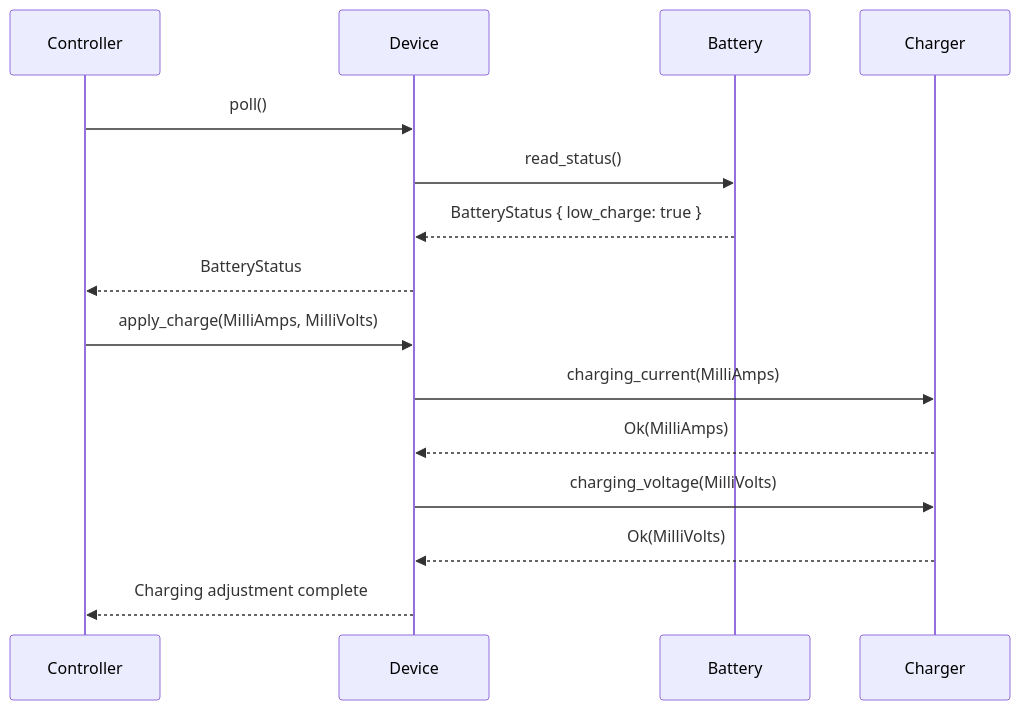
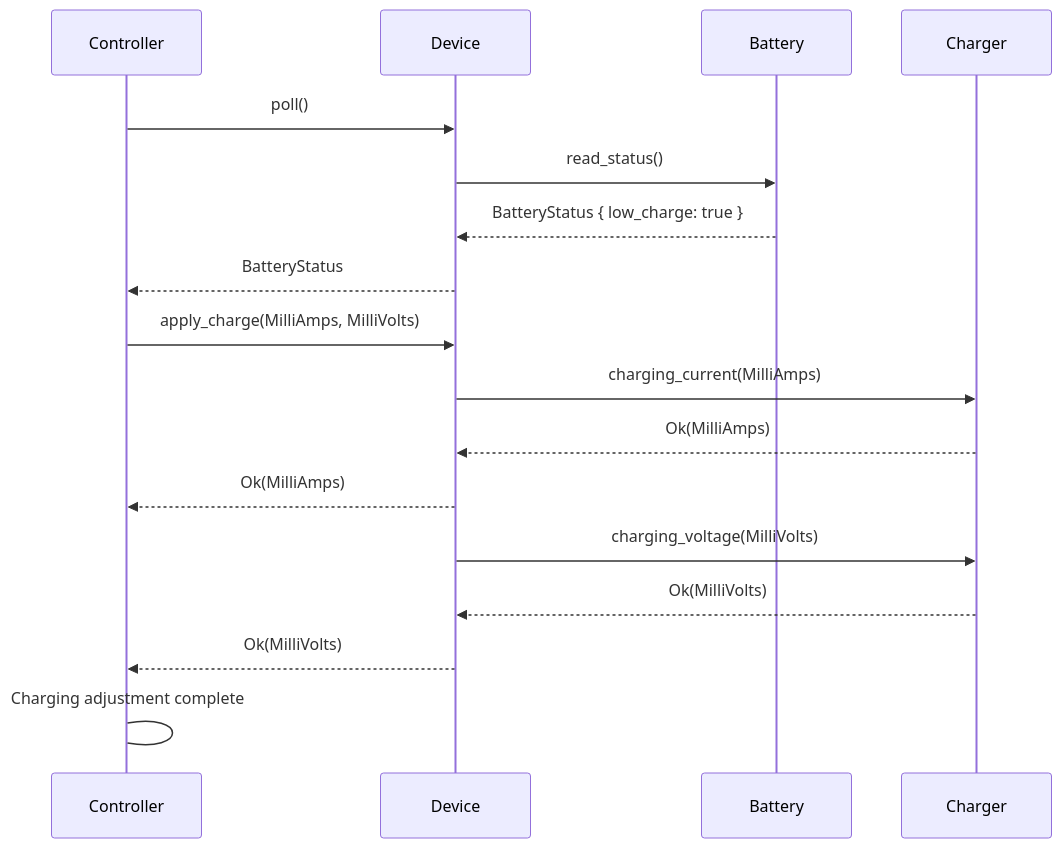
One commit to tremho/odp-documentation changed the second of 2 diagrams in guide_book/src/how/ec/charger/charger.md. Above: the diagram before and after it, drawn with Mermaid. The commit also changed 8 other files, not shown here.

````diff
--- a/guide_book/src/how/ec/charger/charger.md
+++ b/guide_book/src/how/ec/charger/charger.md
@@ -21,19 +21,21 @@
 ```mermaid
 sequenceDiagram
     participant Controller
     participant Device
     participant Battery
     participant Charger
 
     Controller->>Device: poll()
     Device->>Battery: read_status()
     Battery-->>Device: BatteryStatus { low_charge: true }
     Device-->>Controller: BatteryStatus
 
     Controller->>Device: apply_charge(MilliAmps, MilliVolts)
     Device->>Charger: charging_current(MilliAmps)
     Charger-->>Device: Ok(MilliAmps)
+    Device-->>Controller: Ok(MilliAmps)
     Device->>Charger: charging_voltage(MilliVolts)
     Charger-->>Device: Ok(MilliVolts)
-    Device-->>Controller: Charging adjustment complete
+    Device-->>Controller: Ok(MilliVolts)
+    Controller->Controller: Charging adjustment complete
 ```
````
